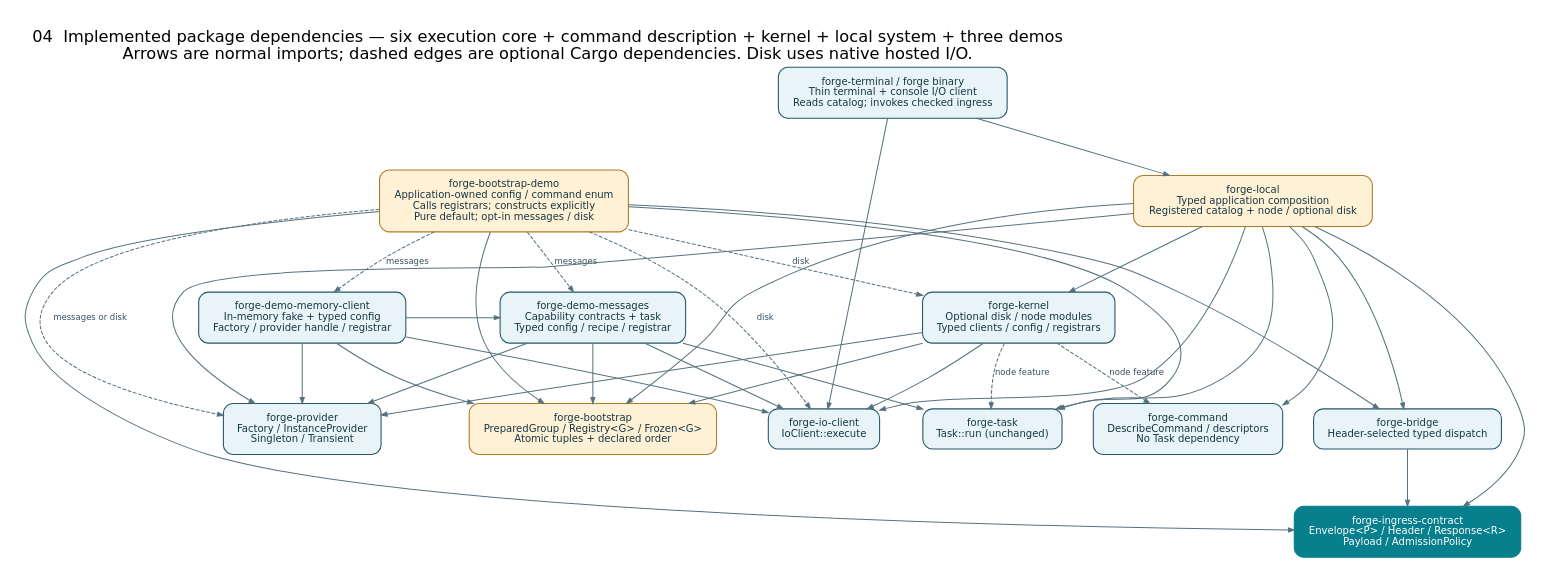
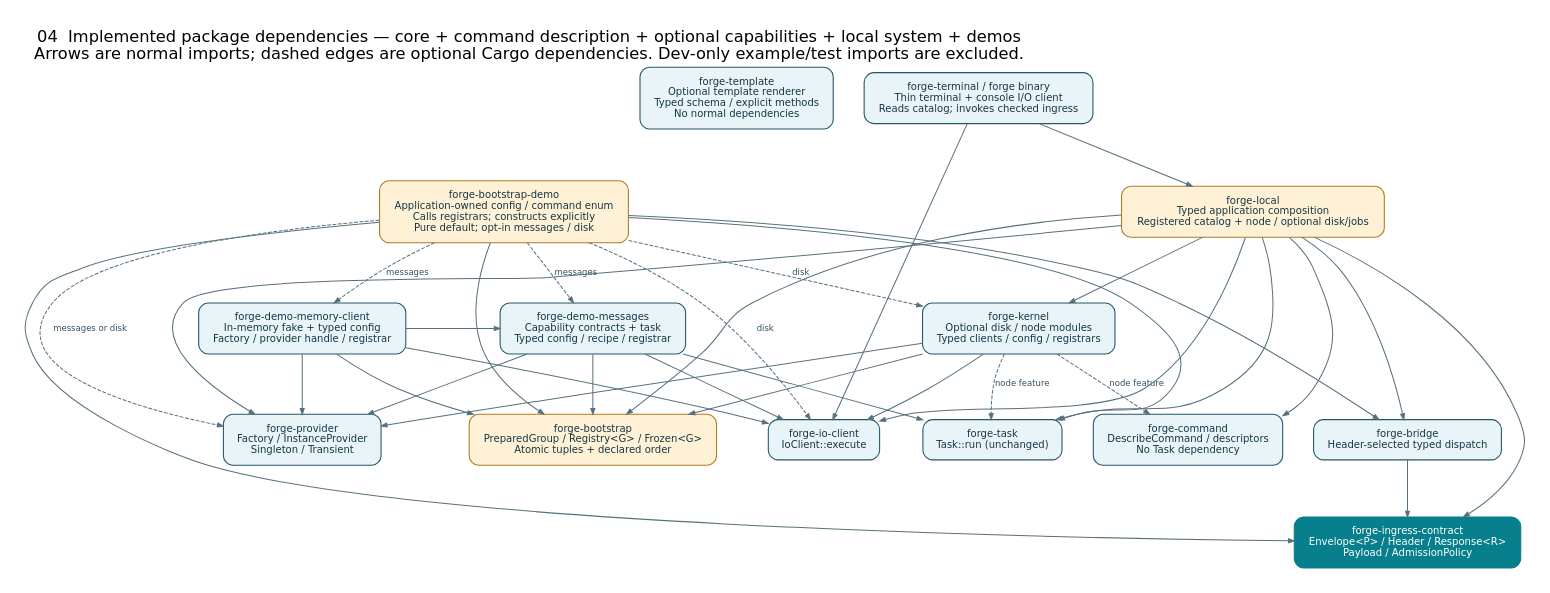
Before and after one commit to roachmaster/homelab: the diagram in docs/architecture/diagrams/04-package-dependencies.dot, drawn with Graphviz. The commit also changed 29 other files, not shown here.

Commit message:
Add optional template renderer with builtin methods and explicit extensions

```diff
--- a/docs/architecture/diagrams/04-package-dependencies.dot
+++ b/docs/architecture/diagrams/04-package-dependencies.dot
@@ -1,32 +1,33 @@
 digraph Packages {
 graph [fontname="DejaVu Sans", fontsize=21, labelloc=t, labeljust=l, pad=0.35, nodesep=0.55, ranksep=0.9, bgcolor="white"];
 node [shape=box, style="rounded,filled", fontname="DejaVu Sans", fontsize=13, margin="0.22,0.16", color="#24576b", fillcolor="#e8f4f7", fontcolor="#163744", penwidth=1.4];
 edge [fontname="DejaVu Sans", fontsize=11, color="#56717d", fontcolor="#34505f", penwidth=1.3, arrowsize=0.75];
-rankdir=TB; label="04  Implemented package dependencies — six execution core + command description + kernel + local system + three demos\nArrows are normal imports; dashed edges are optional Cargo dependencies. Disk uses native hosted I/O.";
+rankdir=TB; label="04  Implemented package dependencies — core + command description + optional capabilities + local system + demos\nArrows are normal imports; dashed edges are optional Cargo dependencies. Dev-only example/test imports are excluded.";
+renderer [label="forge-template\nOptional template renderer\nTyped schema / explicit methods\nNo normal dependencies"];
 app [label="forge-bootstrap-demo\nApplication-owned config / command enum\nCalls registrars; constructs explicitly\nPure default; opt-in messages / disk", fillcolor="#fff1d6", color="#ae7b26"];
 kernel [label="forge-kernel\nOptional disk / node modules\nTyped clients / config / registrars"];
-local [label="forge-local\nTyped application composition\nRegistered catalog + node / optional disk", fillcolor="#fff1d6", color="#ae7b26"];
+local [label="forge-local\nTyped application composition\nRegistered catalog + node / optional disk/jobs", fillcolor="#fff1d6", color="#ae7b26"];
 terminal [label="forge-terminal / forge binary\nThin terminal + console I/O client\nReads catalog; invokes checked ingress"];
 feature [label="forge-demo-messages\nCapability contracts + task\nTyped config / recipe / registrar"];
 impl [label="forge-demo-memory-client\nIn-memory fake + typed config\nFactory / provider handle / registrar"];
 bootstrap [label="forge-bootstrap\nPreparedGroup / Registry<G> / Frozen<G>\nAtomic tuples + declared order", fillcolor="#fff1d6", color="#ae7b26"];
 bridge [label="forge-bridge\nHeader-selected typed dispatch"];
 contract [label="forge-ingress-contract\nEnvelope<P> / Header / Response<R>\nPayload / AdmissionPolicy", fillcolor="#087f8c", color="#087f8c", fontcolor="white"];
 provider [label="forge-provider\nFactory / InstanceProvider\nSingleton / Transient"];
 task [label="forge-task\nTask::run (unchanged)"];
 command [label="forge-command\nDescribeCommand / descriptors\nNo Task dependency"];
 io [label="forge-io-client\nIoClient::execute"];
 app -> {bootstrap bridge task contract};
 app -> {impl feature} [style=dashed, label="messages"];
 app -> {kernel io} [style=dashed, label="disk"];
 app -> provider [style=dashed, label="messages or disk"];
 kernel -> {bootstrap provider io};
 kernel -> {task command} [style=dashed, label="node feature"];
 local -> {bootstrap bridge contract provider task command io kernel};
 terminal -> {local io};
 feature -> {bootstrap provider task io};
 impl -> {feature bootstrap provider io};
 bridge -> contract;
 {rank=same; impl; feature; kernel;}
 {rank=same; bootstrap; provider; task; command; io; bridge;}
 }
```
